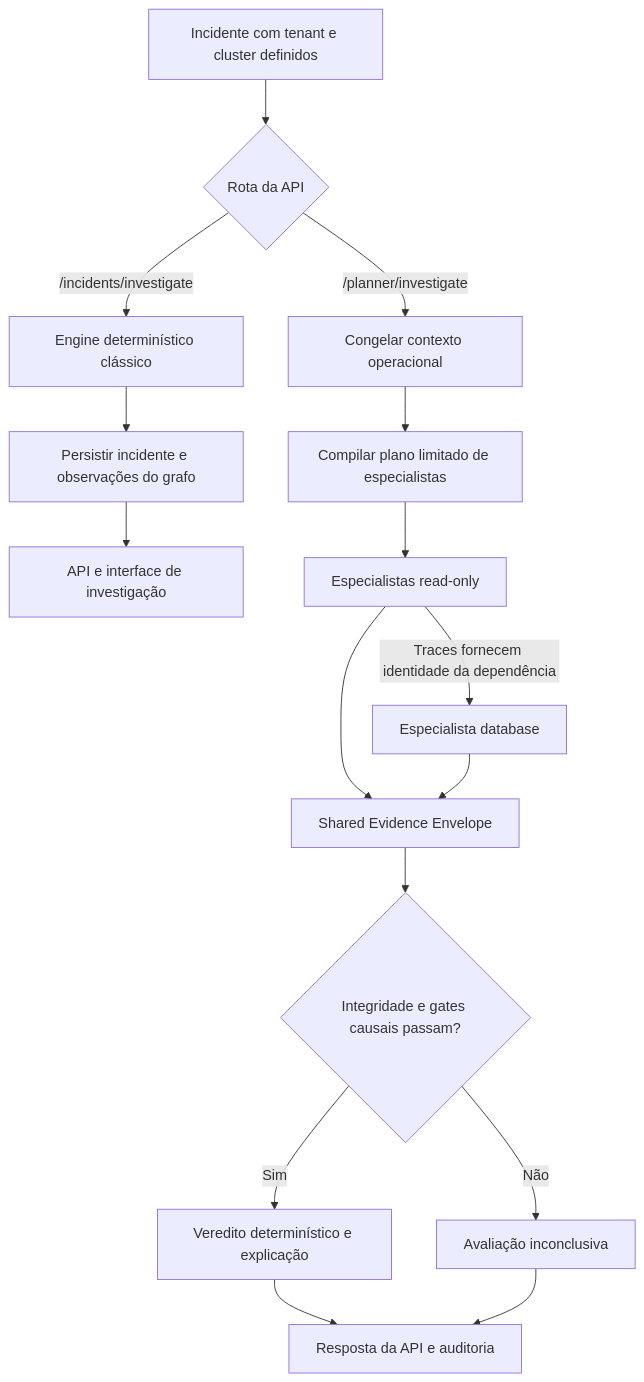
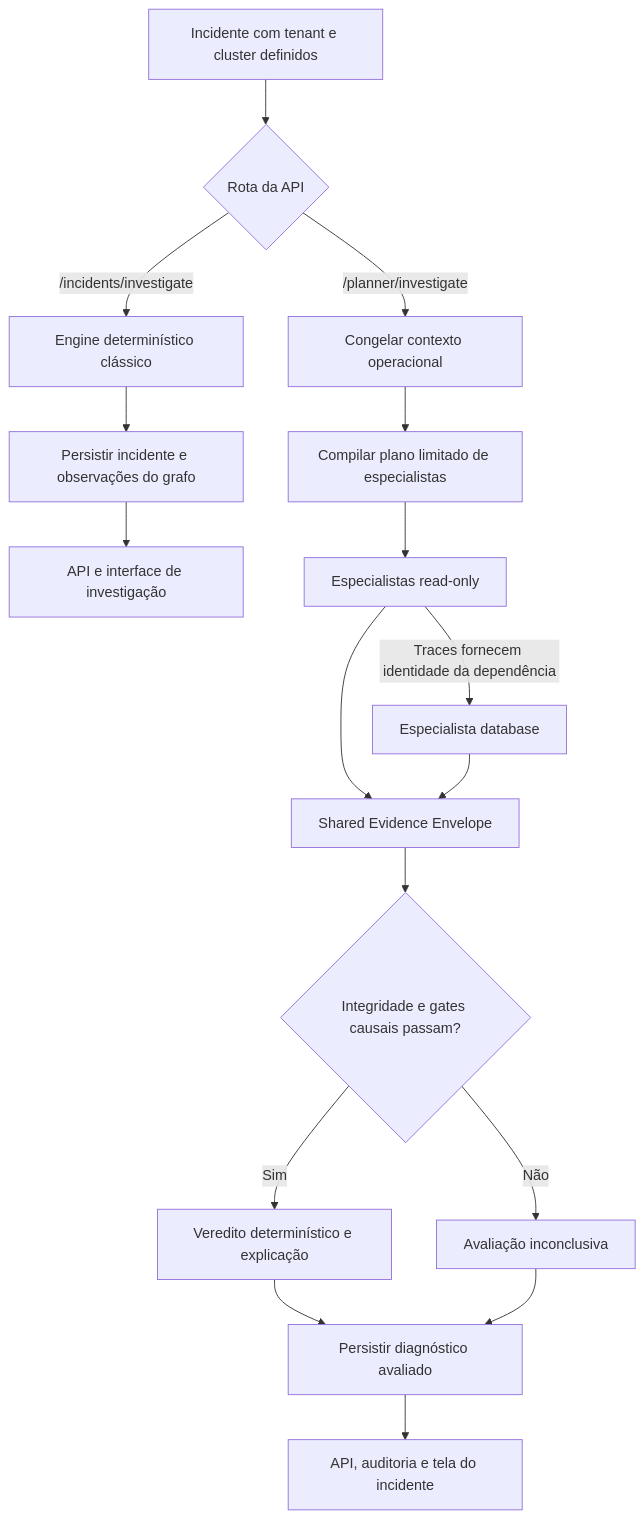
Before and after one commit to marcocristofolini/ai-sre-rca: the first of 2 diagrams in README_PT-BR.md, drawn with Mermaid. The commit also changed other lines of this file and 17 other files, not shown here.

```diff
--- a/README_PT-BR.md
+++ b/README_PT-BR.md
@@ -73,18 +73,19 @@
 ~~~mermaid
 flowchart TD
     I["Incidente com tenant e cluster definidos"] --> MODE{"Rota da API"}
     MODE -->|"/incidents/investigate"| CORE["Engine determinístico clássico"]
     CORE --> SAVE["Persistir incidente e observações do grafo"]
     SAVE --> UI["API e interface de investigação"]
     MODE -->|"/planner/investigate"| CTX["Congelar contexto operacional"]
     CTX --> PLAN["Compilar plano limitado de especialistas"]
     PLAN --> READ["Especialistas read-only"]
     READ -->|"Traces fornecem identidade da dependência"| DEP["Especialista database"]
     READ --> ENV["Shared Evidence Envelope"]
     DEP --> ENV
     ENV --> VERIFY{"Integridade e gates causais passam?"}
     VERIFY -->|Sim| RESULT["Veredito determinístico e explicação"]
     VERIFY -->|Não| INC["Avaliação inconclusiva"]
-    RESULT --> RESP["Resposta da API e auditoria"]
-    INC --> RESP
+    RESULT --> PERSIST["Persistir diagnóstico avaliado"]
+    INC --> PERSIST
+    PERSIST --> RESP["API, auditoria e tela do incidente"]
 ~~~
```
